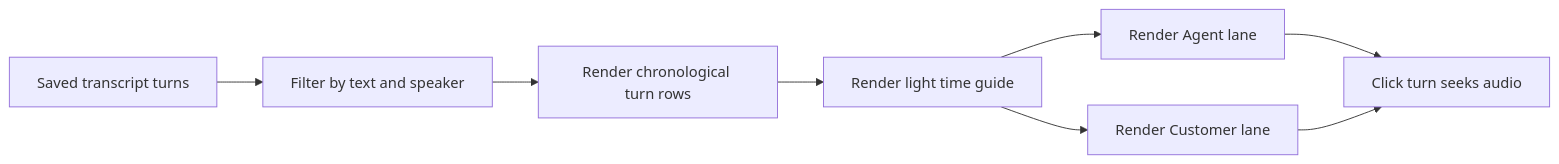
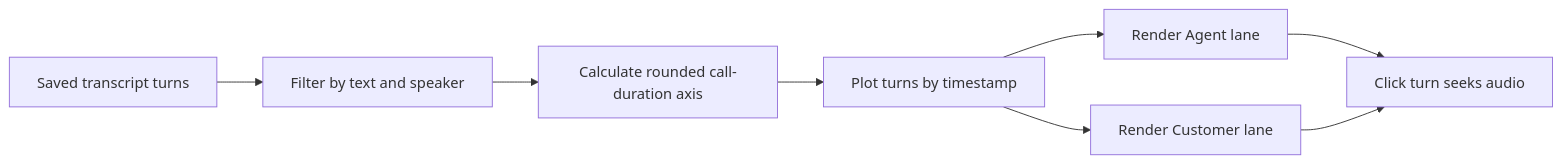
One commit to vrize-poc-demo/call-center-radar changed the diagram in docs/stories/story-2.9-conversation-timeline.md. Above: the diagram before and after it, drawn with Mermaid. The commit also changed other lines of this file and 3 other files, not shown here.

Commit message:
fix: plot conversation timeline against call scale

````diff
--- a/docs/stories/story-2.9-conversation-timeline.md
+++ b/docs/stories/story-2.9-conversation-timeline.md
@@ -47,10 +47,10 @@
 ```mermaid
 flowchart LR
   A[Saved transcript turns] --> B[Filter by text and speaker]
-  B --> C[Render chronological turn rows]
-  C --> D[Render light time guide]
+  B --> C[Calculate rounded call-duration axis]
+  C --> D[Plot turns by timestamp]
   D --> E[Render Agent lane]
   D --> F[Render Customer lane]
   E --> G[Click turn seeks audio]
   F --> G
 ```
````
